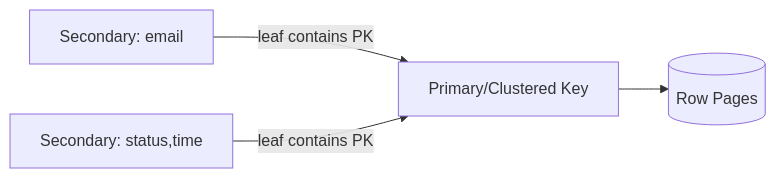
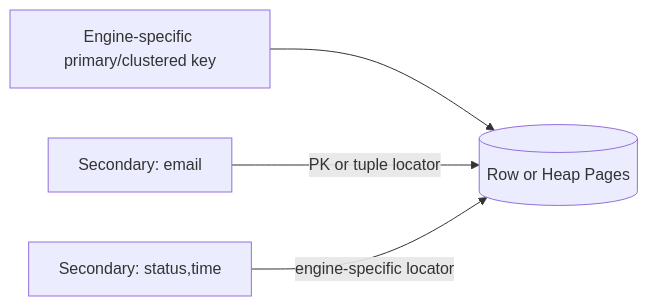
The diagram in apps/api/src/main/resources/content/database-11-clustered-index-pk.md (hyeongseoblim/systemdesign), drawn with Mermaid before and after one commit. The commit also changed other lines of this file and 96 other files, not shown here.

````diff
--- a/apps/api/src/main/resources/content/database-11-clustered-index-pk.md
+++ b/apps/api/src/main/resources/content/database-11-clustered-index-pk.md
@@ -24,6 +29,6 @@
 ```mermaid
 flowchart LR
-    PK[Primary/Clustered Key] --> R[(Row Pages)]
-    S1[Secondary: email] -->|leaf contains PK| PK
-    S2[Secondary: status,time] -->|leaf contains PK| PK
+    PK[Engine-specific primary/clustered key] --> R[(Row or Heap Pages)]
+    S1[Secondary: email] -->|PK or tuple locator| R
+    S2[Secondary: status,time] -->|engine-specific locator| R
 ```
````
